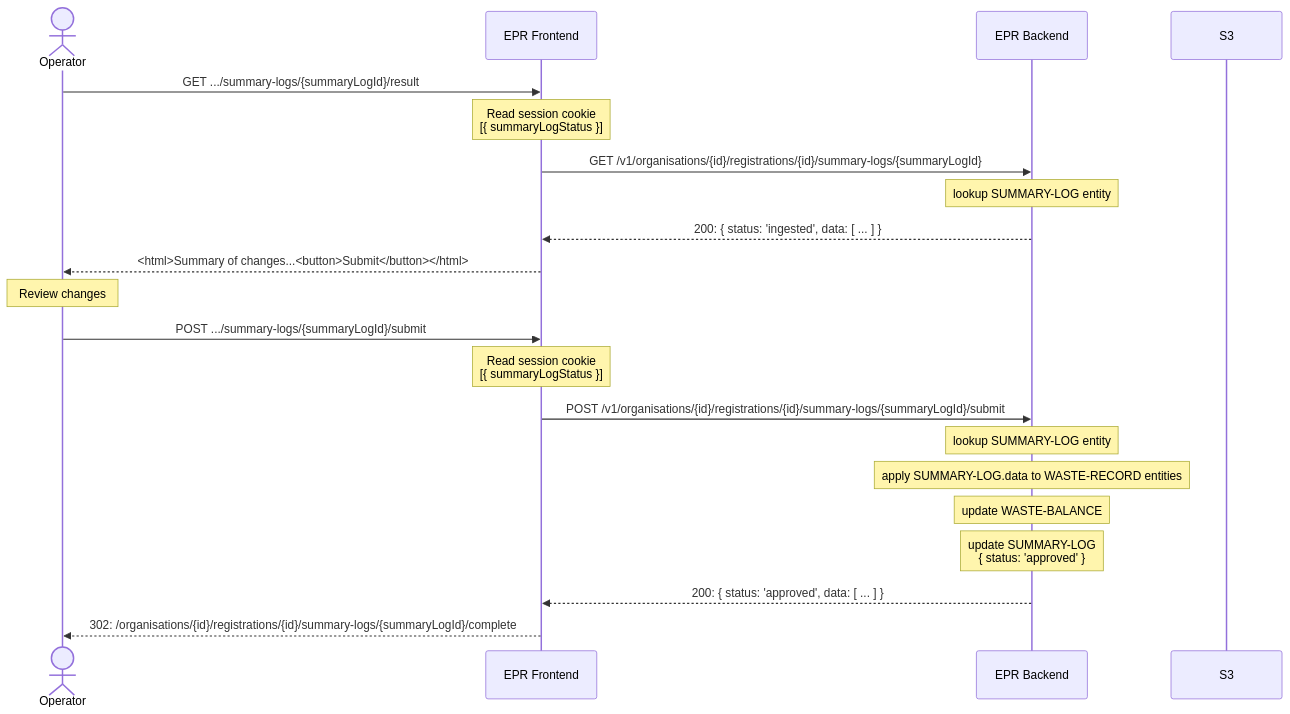
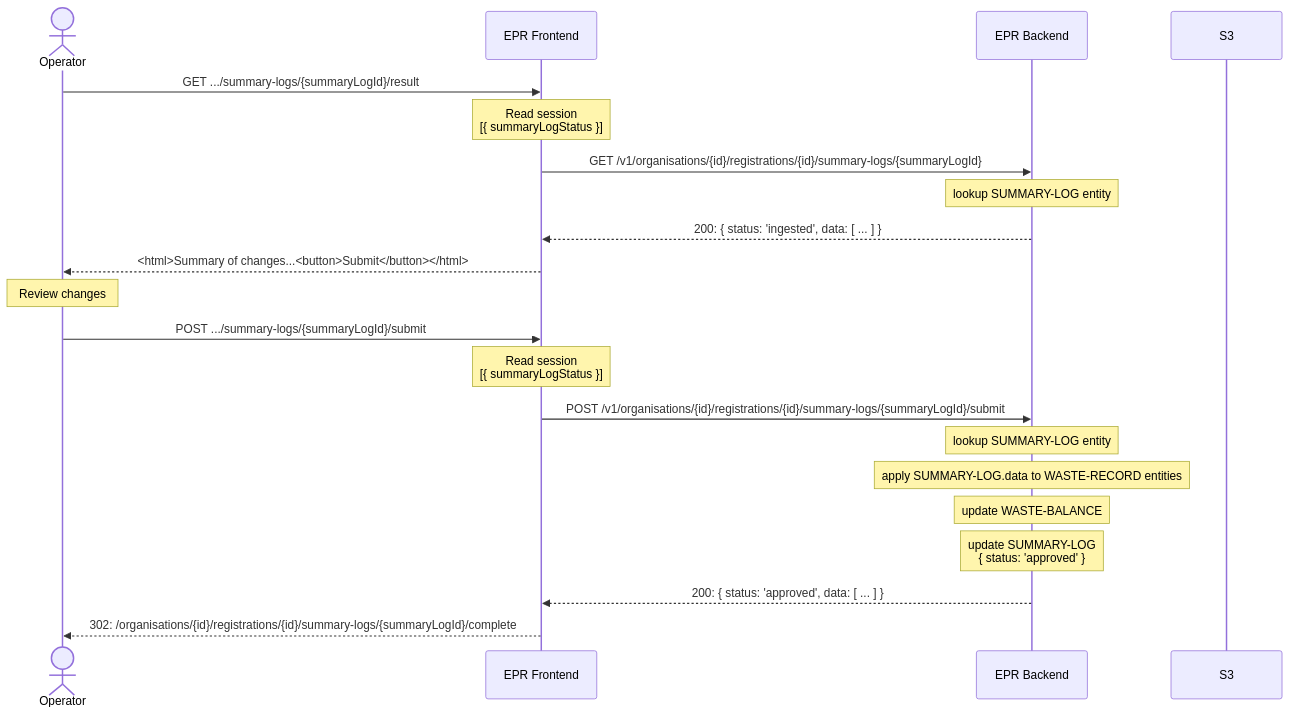
One commit to DEFRA/epr-backend changed the third of 3 diagrams in docs/architecture/discovery/pepr-lld.md. Above: the diagram before and after it, drawn with Mermaid. The commit also changed other lines of this file, not shown here.

````diff
--- a/docs/architecture/discovery/pepr-lld.md
+++ b/docs/architecture/discovery/pepr-lld.md
@@ -589,27 +589,27 @@
 ```mermaid
 sequenceDiagram
   actor Op as Operator
   participant Frontend as EPR Frontend
   participant Backend as EPR Backend
   participant S3
 
 
   Op->>Frontend: GET .../summary-logs/{summaryLogId}/result
-  Note over Frontend: Read session cookie<br>[{ summaryLogStatus }]
+  Note over Frontend: Read session<br>[{ summaryLogStatus }]
   Frontend->>Backend: GET /v1/organisations/{id}/registrations/{id}/summary-logs/{summaryLogId}
   Note over Backend: lookup SUMMARY-LOG entity
   Backend-->>Frontend: 200: { status: 'ingested', data: [ ... ] }
   Frontend-->>Op: <html>Summary of changes...<button>Submit</button></html>
 
   Note over Op: Review changes
 
   Op->>Frontend: POST .../summary-logs/{summaryLogId}/submit
-  Note over Frontend: Read session cookie<br>[{ summaryLogStatus }]
+  Note over Frontend: Read session<br>[{ summaryLogStatus }]
   Frontend->>Backend: POST /v1/organisations/{id}/registrations/{id}/summary-logs/{summaryLogId}/submit
   Note over Backend: lookup SUMMARY-LOG entity
   Note over Backend: apply SUMMARY-LOG.data to WASTE-RECORD entities
   Note over Backend: update WASTE-BALANCE
   Note over Backend: update SUMMARY-LOG<br>{ status: 'approved' }
   Backend-->>Frontend: 200: { status: 'approved', data: [ ... ] }
   Frontend-->>Op: 302: /organisations/{id}/registrations/{id}/summary-logs/{summaryLogId}/complete
 ```
````
